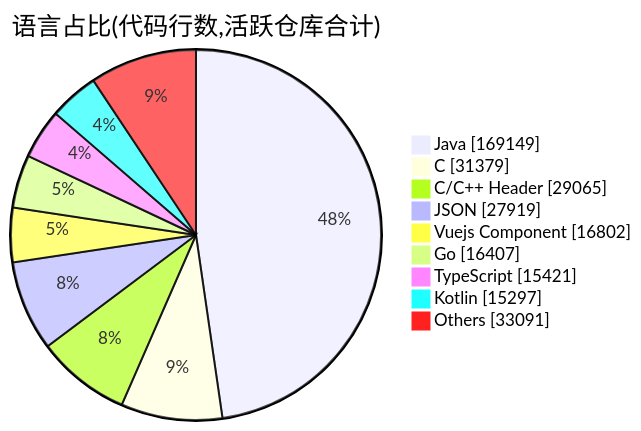
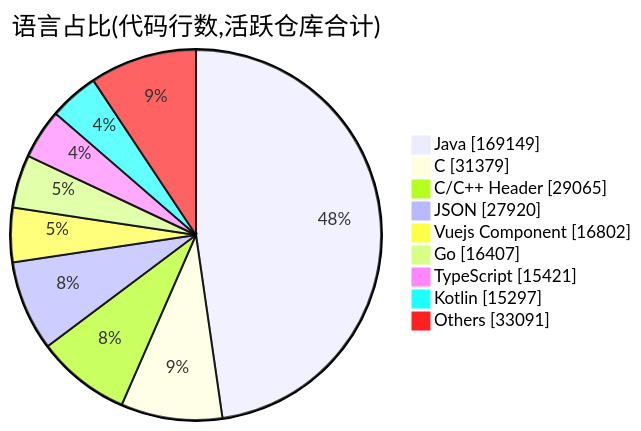
Before and after one commit to Conflux-Union/.github: the second of 2 diagrams in profile/README.md, drawn with Mermaid. The commit also changed other lines of this file and 1 other file, not shown here.

````diff
--- a/profile/README.md
+++ b/profile/README.md
@@ -78,13 +78,13 @@
 ```mermaid
 pie showData
     title 语言占比(代码行数,活跃仓库合计)
     "Java" : 169149
     "C" : 31379
     "C/C++ Header" : 29065
-    "JSON" : 27919
+    "JSON" : 27920
     "Vuejs Component" : 16802
     "Go" : 16407
     "TypeScript" : 15421
     "Kotlin" : 15297
     "Others" : 33091
 ```
````
